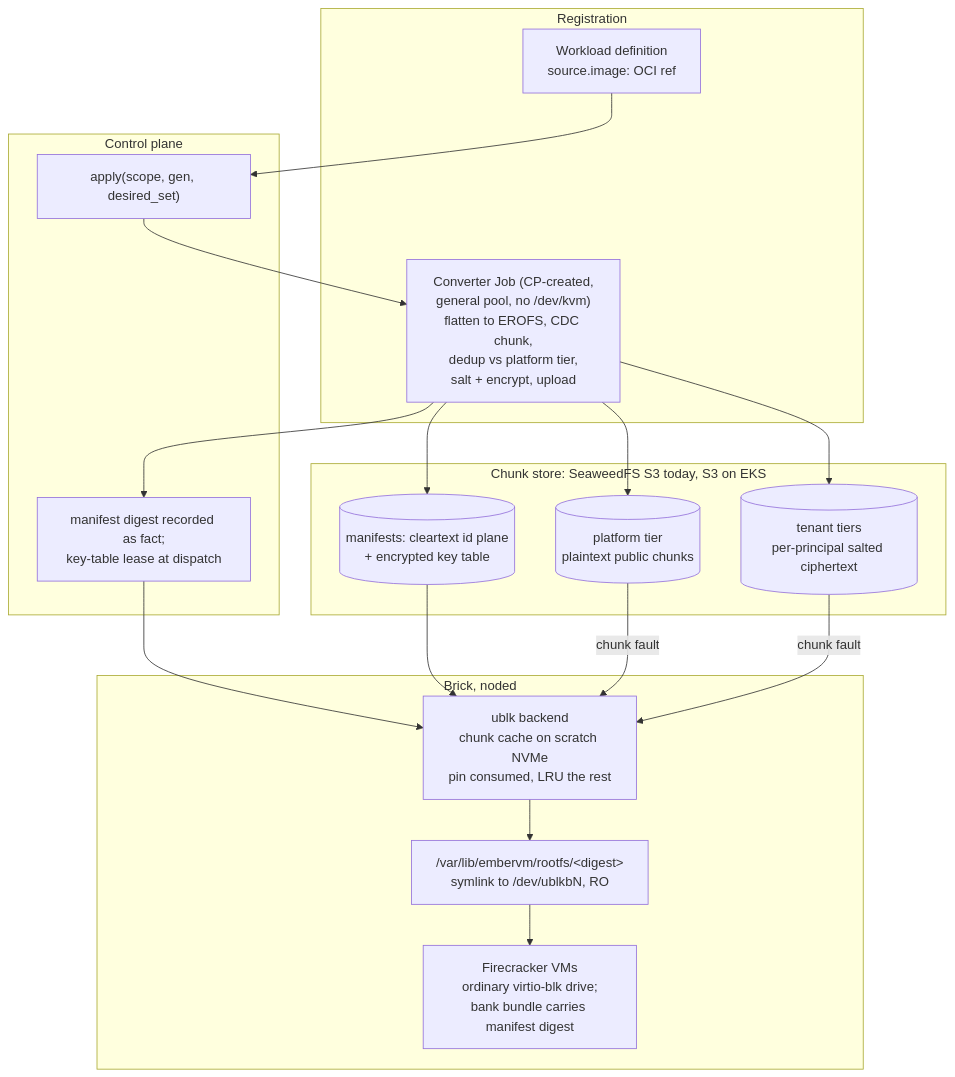
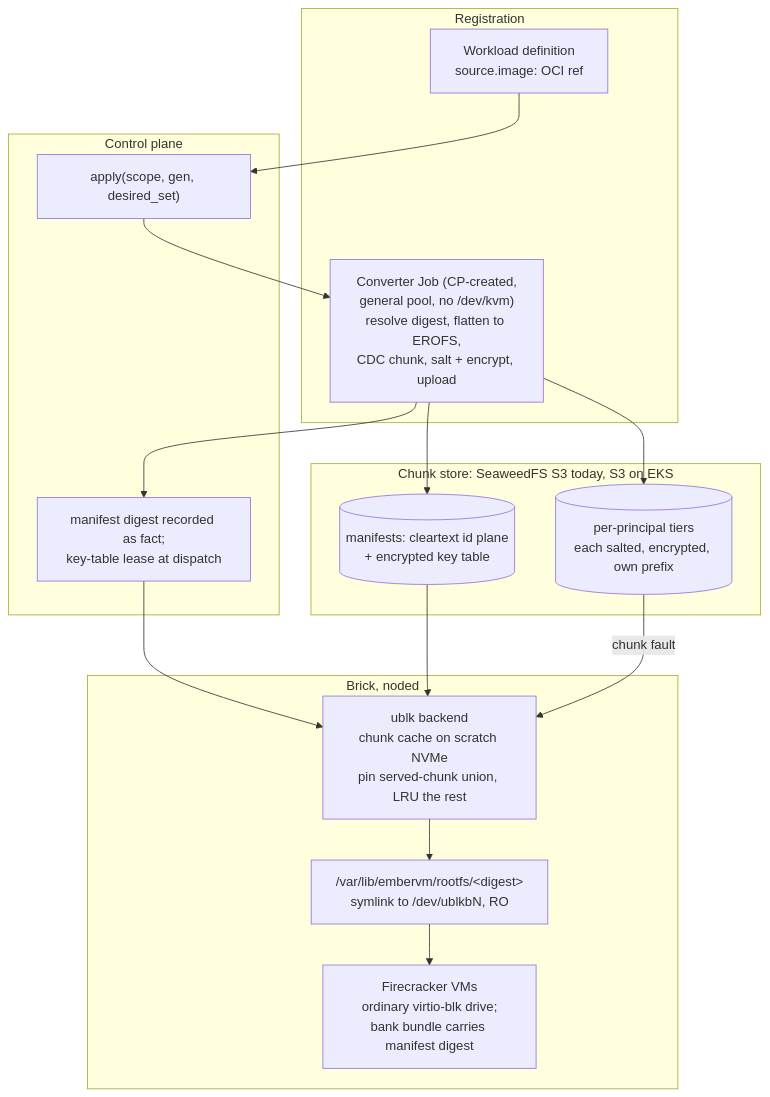
The diagram in docs/decisions/embervm/028-demand-loaded-rootfs-oci-chunk-store.md (jomcgi-org/homelab), drawn with Mermaid before and after one commit. The commit also changed other lines of this file and 2 other files, not shown here.

````diff
--- a/docs/decisions/embervm/028-demand-loaded-rootfs-oci-chunk-store.md
+++ b/docs/decisions/embervm/028-demand-loaded-rootfs-oci-chunk-store.md
@@ -233,32 +397,29 @@
 ```mermaid
 graph TB
     subgraph reg [Registration]
         WL["Workload definition<br/>source.image: OCI ref"]
-        CONV["Converter Job (CP-created,<br/>general pool, no /dev/kvm)<br/>flatten to EROFS, CDC chunk,<br/>dedup vs platform tier,<br/>salt + encrypt, upload"]
+        CONV["Converter Job (CP-created,<br/>general pool, no /dev/kvm)<br/>resolve digest, flatten to EROFS,<br/>CDC chunk, salt + encrypt, upload"]
     end
     subgraph cp [Control plane]
         API["apply(scope, gen, desired_set)"]
         FACT["manifest digest recorded as fact;<br/>key-table lease at dispatch"]
     end
     subgraph store [Chunk store: SeaweedFS S3 today, S3 on EKS]
-        PLAT[("platform tier<br/>plaintext public chunks")]
-        TEN[("tenant tiers<br/>per-principal salted ciphertext")]
+        TEN[("per-principal tiers<br/>each salted, encrypted, own prefix")]
         MAN[("manifests: cleartext id plane<br/>+ encrypted key table")]
     end
     subgraph brick [Brick, noded]
-        BE["ublk backend<br/>chunk cache on scratch NVMe<br/>pin consumed, LRU the rest"]
+        BE["ublk backend<br/>chunk cache on scratch NVMe<br/>pin served-chunk union, LRU the rest"]
         DEV["/var/lib/embervm/rootfs/&lt;digest&gt;<br/>symlink to /dev/ublkbN, RO"]
         FC["Firecracker VMs<br/>ordinary virtio-blk drive;<br/>bank bundle carries manifest digest"]
     end
     WL --> API
     API --> CONV
-    CONV --> PLAT
     CONV --> TEN
     CONV --> MAN
     CONV --> FACT
     FACT --> BE
     MAN --> BE
-    PLAT -->|chunk fault| BE
     TEN -->|chunk fault| BE
     BE --> DEV --> FC
 ```
````
